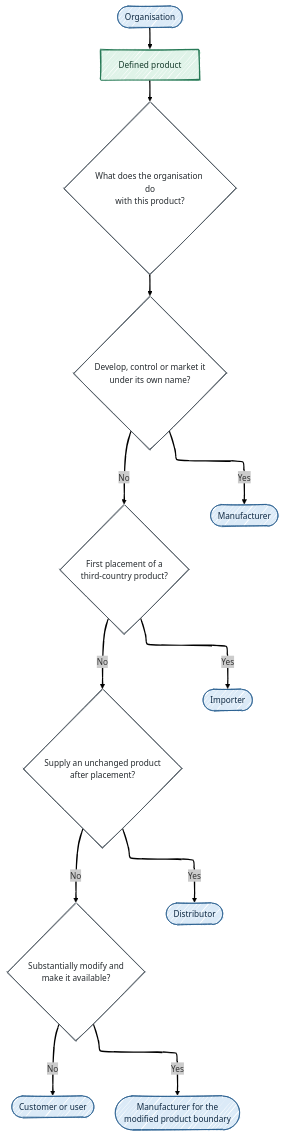
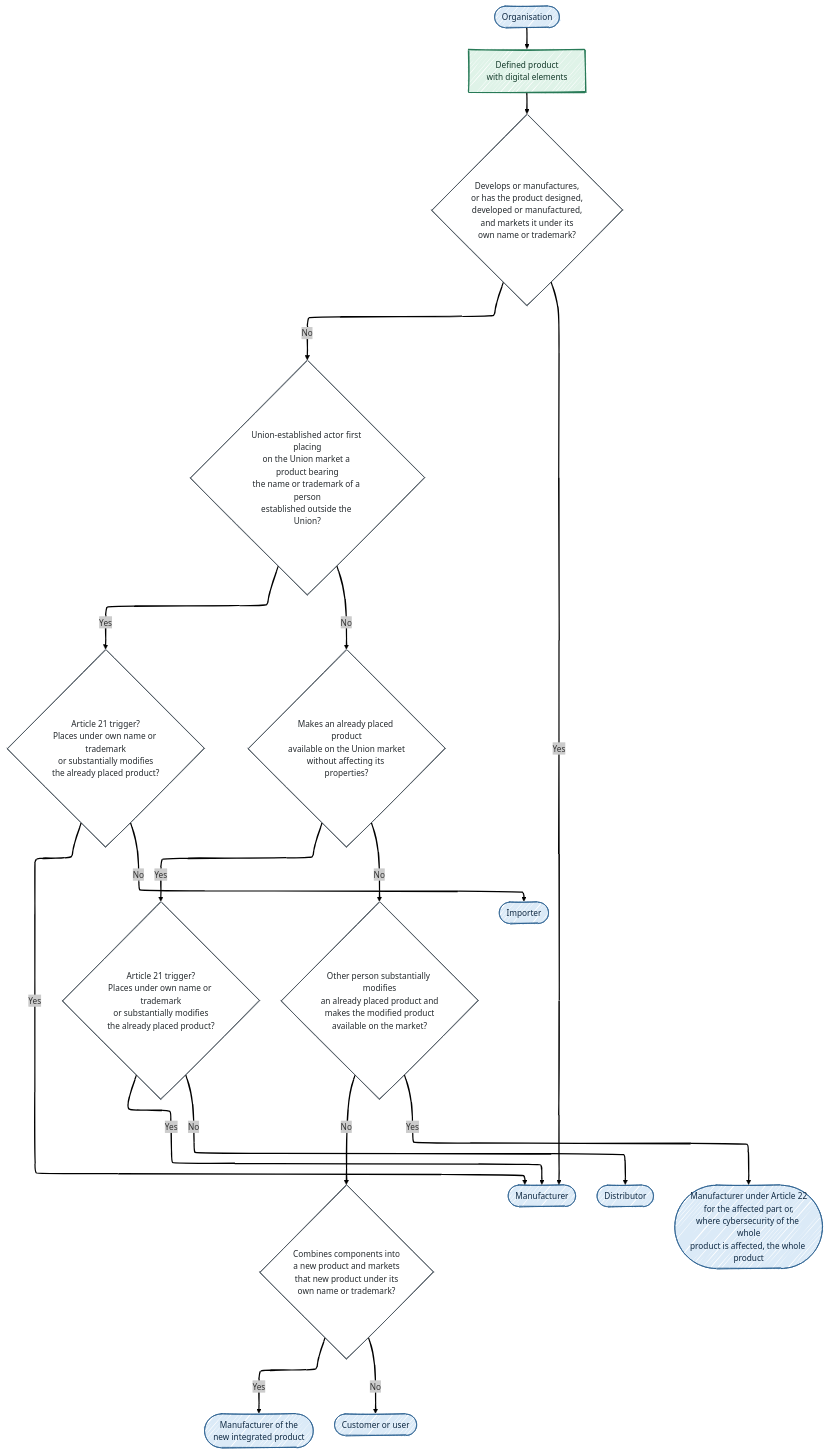
Before and after one commit to antomon/antomon.github.io: the fourth of 18 diagrams in longforms/cyber-resilience-act-the-new-product-security-baseline/index.qmd, drawn with Mermaid. The commit also changed other lines of this file and 54 other files, not shown here.

````diff
--- a/longforms/cyber-resilience-act-the-new-product-security-baseline/index.qmd
+++ b/longforms/cyber-resilience-act-the-new-product-security-baseline/index.qmd
@@ -217,38 +448,57 @@
 ```{mermaid}
 %%| label: fig-cyber-resilience-act-the-new-product-security-baseline-role-assignment
-%%| fig-cap: "CRA roles are assigned per product and market activity rather than by generic commercial title."
-%%| fig-alt: "A blue organisation performs an activity involving a green product. Decisions distinguish development or marketing under its own name, first Union placement of a third-country product, resale of an unchanged product, internal use, and substantial modification followed by market supply. The paths assign manufacturer, importer, distributor, customer, or manufacturer-by-modification roles."
+%%| fig-cap: "CRA roles follow the actor's conduct toward a defined product. Importers and distributors can become manufacturers under Article 21, while other persons can become manufacturers under Article 22 following substantial modification."
+%%| fig-alt: "A role-assignment diagram begins with an organisation interacting with a defined product with digital elements. An organisation that develops or has a product developed and markets it under its own name or trademark is the manufacturer. A Union-established organisation first placing a product bearing a non-Union person's name or trademark on the Union market is initially an importer, but becomes a manufacturer under Article 21 if it places the product under its own name or trademark or substantially modifies it. A supply-chain actor subsequently making an already placed product available without affecting its properties is initially a distributor, but likewise becomes a manufacturer under Article 21 if it places the product under its own name or trademark or substantially modifies it. Another person that substantially modifies an already placed product and makes the modified product available becomes a manufacturer under Article 22. An organisation combining components into a new product and marketing that new product under its own name or trademark is the manufacturer of the new product. An organisation that only acquires and uses a product remains a customer or user."
 %%| fig-align: center
 %%{init: {"theme": "neo", "look": "handDrawn", "layout": "elk"}}%%
 flowchart TD
     ACTOR([Organisation]):::entity
-    PRODUCT[Defined product]:::product
-    ACTIVITY{What does the organisation do<br/>with this product?}:::test
+    PRODUCT[Defined product<br/>with digital elements]:::product
 
-    OWN{Develop, control or market it<br/>under its own name?}:::test
-    THIRD{First placement of a<br/>third-country product?}:::test
-    RESELL{Supply an unchanged product<br/>after placement?}:::test
-    MODIFY{Substantially modify and<br/>make it available?}:::test
+    OWN{Develops or manufactures,<br/>or has the product designed,<br/>developed or manufactured,<br/>and markets it under its<br/>own name or trademark?}:::test
+
+    IMPORT{Union-established actor first placing<br/>on the Union market a product bearing<br/>the name or trademark of a person<br/>established outside the Union?}:::test
+
+    IMP21{Article 21 trigger?<br/>Places under own name or trademark<br/>or substantially modifies<br/>the already placed product?}:::test
+
+    DISTRIBUTE{Makes an already placed product<br/>available on the Union market<br/>without affecting its properties?}:::test
+
+    DIST21{Article 21 trigger?<br/>Places under own name or trademark<br/>or substantially modifies<br/>the already placed product?}:::test
+
+    MODIFY{Other person substantially modifies<br/>an already placed product and<br/>makes the modified product<br/>available on the market?}:::test
+
+    INTEGRATE{Combines components into<br/>a new product and markets<br/>that new product under its<br/>own name or trademark?}:::test
 
     MFR([Manufacturer]):::entity
-    IMP([Importer]):::entity
-    DIST([Distributor]):::entity
+    IMPORTER([Importer]):::entity
+    DISTRIBUTOR([Distributor]):::entity
+    MODMFR([Manufacturer under Article 22<br/>for the affected part or,<br/>where cybersecurity of the whole<br/>product is affected, the whole product]):::entity
+    INTMFR([Manufacturer of the<br/>new integrated product]):::entity
     USER([Customer or user]):::entity
-    MODMFR([Manufacturer for the<br/>modified product boundary]):::entity
 
     ACTOR --> PRODUCT
-    PRODUCT --> ACTIVITY
-    ACTIVITY --> OWN
+    PRODUCT --> OWN
+
     OWN -- Yes --> MFR
-    OWN -- No --> THIRD
-    THIRD -- Yes --> IMP
-    THIRD -- No --> RESELL
-    RESELL -- Yes --> DIST
-    RESELL -- No --> MODIFY
+    OWN -- No --> IMPORT
+
+    IMPORT -- Yes --> IMP21
+    IMP21 -- Yes --> MFR
+    IMP21 -- No --> IMPORTER
+
+    IMPORT -- No --> DISTRIBUTE
+    DISTRIBUTE -- Yes --> DIST21
+    DIST21 -- Yes --> MFR
+    DIST21 -- No --> DISTRIBUTOR
+
+    DISTRIBUTE -- No --> MODIFY
     MODIFY -- Yes --> MODMFR
-    MODIFY -- No --> USER
+    MODIFY -- No --> INTEGRATE
+
+    INTEGRATE -- Yes --> INTMFR
+    INTEGRATE -- No --> USER
 
     classDef entity fill:#dbeaf7,stroke:#285f8f,stroke-width:1.5px,color:#102a43;
     classDef product fill:#dff3e8,stroke:#287a57,stroke-width:2px,color:#153b2b;
     classDef test fill:#ffffff,stroke:#4f5962,stroke-width:1.5px,color:#252a2e;
 ```
````
